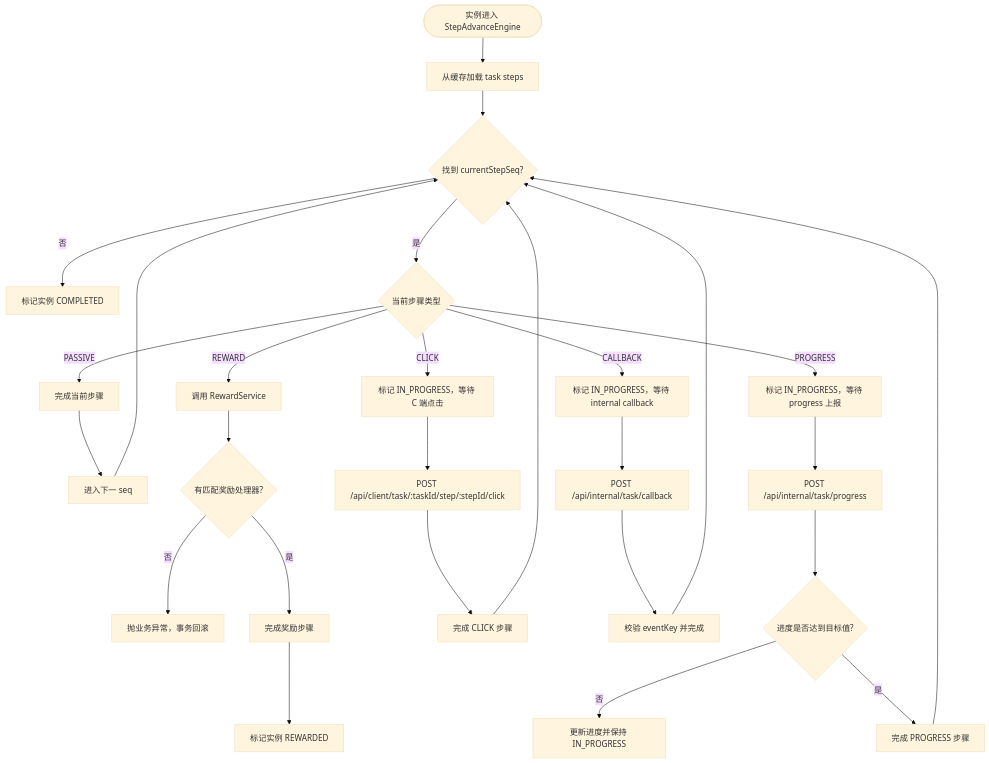
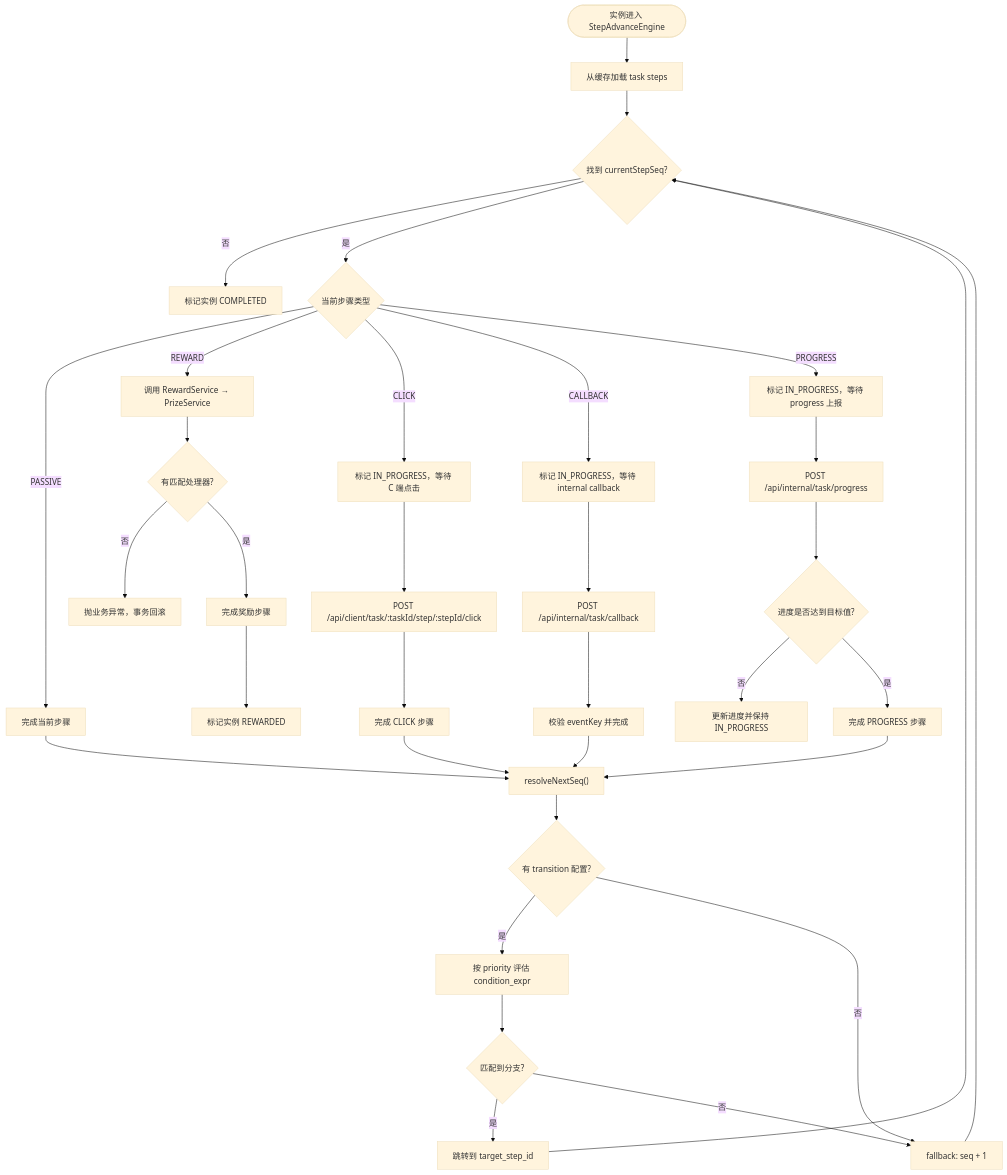
One commit to xuankuxiaohui/marketing-task-platform changed the seventh of 11 diagrams in docs/architecture.md. Above: the diagram before and after it, drawn with Mermaid (base theme). The commit also changed other lines of this file and 7 other files, not shown here.

First line of the commit message:
docs: update architecture doc and add v0.5.0/v0.5.1 spec

````diff
--- a/docs/architecture.md
+++ b/docs/architecture.md
@@ -158,34 +407,42 @@
 ```mermaid
 flowchart TD
     Start(["实例进入 StepAdvanceEngine"]) --> LoadSteps["从缓存加载 task steps"]
     LoadSteps --> FindCurrent{"找到 currentStepSeq?"}
     FindCurrent -->|"否"| Completed["标记实例 COMPLETED"]
     FindCurrent -->|"是"| Type{"当前步骤类型"}
 
     Type -->|"PASSIVE"| CompletePassive["完成当前步骤"]
-    CompletePassive --> NextSeq["进入下一 seq"]
-    NextSeq --> FindCurrent
+    CompletePassive --> ResolveNext["resolveNextSeq()"]
 
-    Type -->|"REWARD"| Reward["调用 RewardService"]
-    Reward --> RewardOk{"有匹配奖励处理器?"}
+    Type -->|"REWARD"| Reward["调用 RewardService → PrizeService"]
+    Reward --> RewardOk{"有匹配处理器?"}
     RewardOk -->|"否"| RewardFail["抛业务异常，事务回滚"]
     RewardOk -->|"是"| CompleteReward["完成奖励步骤"]
     CompleteReward --> Rewarded["标记实例 REWARDED"]
 
     Type -->|"CLICK"| WaitClick["标记 IN_PROGRESS，等待 C 端点击"]
     WaitClick --> ClickApi["POST /api/client/task/:taskId/step/:stepId/click"]
     ClickApi --> CompleteClick["完成 CLICK 步骤"]
-    CompleteClick --> FindCurrent
+    CompleteClick --> ResolveNext
 
     Type -->|"CALLBACK"| WaitCallback["标记 IN_PROGRESS，等待 internal callback"]
     WaitCallback --> CallbackApi["POST /api/internal/task/callback"]
     CallbackApi --> CompleteCallback["校验 eventKey 并完成"]
-    CompleteCallback --> FindCurrent
+    CompleteCallback --> ResolveNext
 
     Type -->|"PROGRESS"| WaitProgress["标记 IN_PROGRESS，等待 progress 上报"]
     WaitProgress --> ProgressApi["POST /api/internal/task/progress"]
     ProgressApi --> ReachTarget{"进度是否达到目标值?"}
     ReachTarget -->|"否"| KeepProgress["更新进度并保持 IN_PROGRESS"]
     ReachTarget -->|"是"| CompleteProgress["完成 PROGRESS 步骤"]
-    CompleteProgress --> FindCurrent
+    CompleteProgress --> ResolveNext
+
+    ResolveNext --> HasTransition{"有 transition 配置?"}
+    HasTransition -->|"是"| EvalCondition["按 priority 评估 condition_expr"]
+    EvalCondition --> Matched{"匹配到分支?"}
+    Matched -->|"是"| JumpTarget["跳转到 target_step_id"]
+    Matched -->|"否"| Fallback["fallback: seq + 1"]
+    HasTransition -->|"否"| Fallback
+    JumpTarget --> FindCurrent
+    Fallback --> FindCurrent
 ```
````
